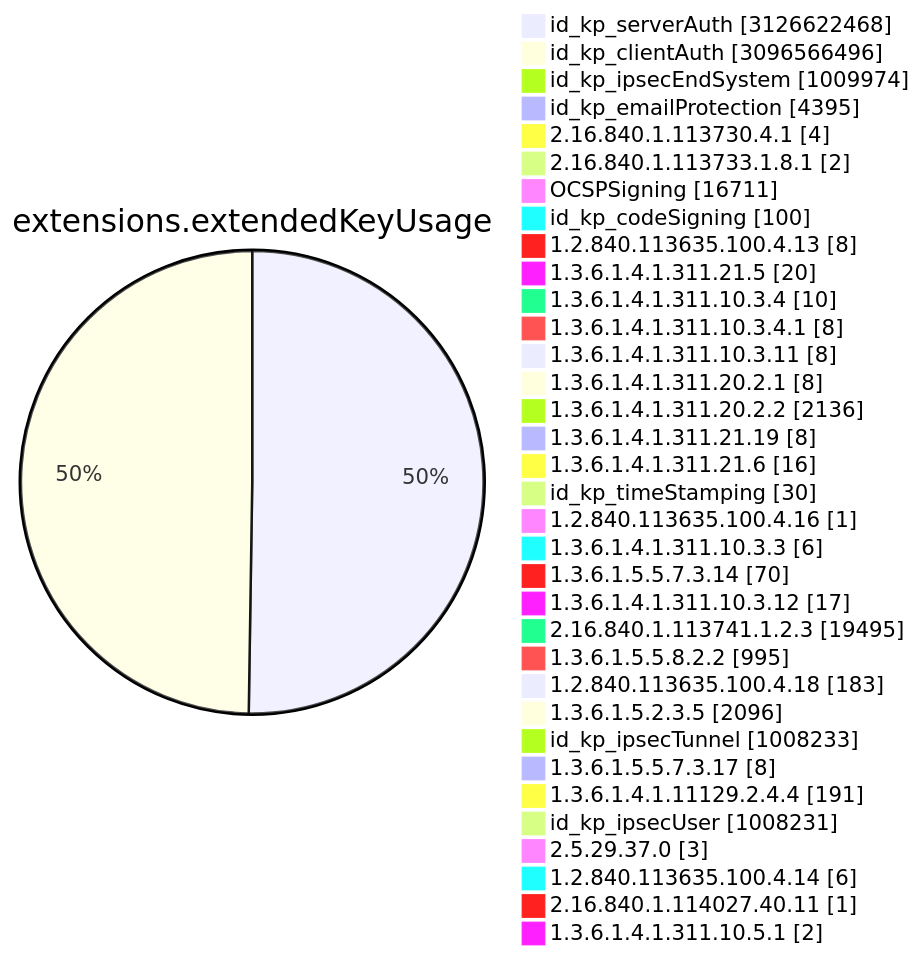
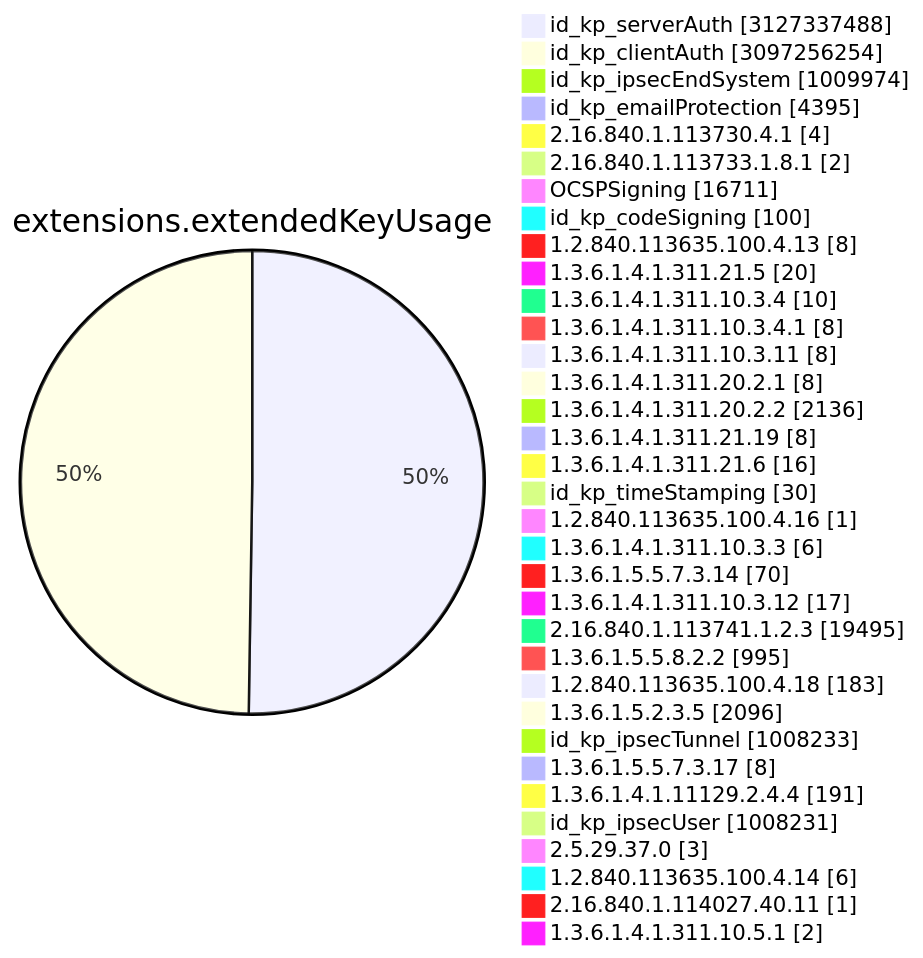
Before and after one commit to christiankrug/ctmonitor_visualization: diagram 11 of 15 in TOTAL/README.md, drawn with Mermaid. The commit also changed other lines of this file, not shown here.

````diff
--- a/TOTAL/README.md
+++ b/TOTAL/README.md
@@ -4119,38 +4119,38 @@
 ```mermaid
 pie showData
 title extensions.extendedKeyUsage
-"id_kp_serverAuth" :3126622468
-"id_kp_clientAuth" :3096566496
+"id_kp_serverAuth" :3127337488
+"id_kp_clientAuth" :3097256254
 "id_kp_ipsecEndSystem" :1009974
 "id_kp_emailProtection" :4395
 "2.16.840.1.113730.4.1" :4
 "2.16.840.1.113733.1.8.1" :2
 "OCSPSigning" :16711
 "id_kp_codeSigning" :100
 "1.2.840.113635.100.4.13" :8
 "1.3.6.1.4.1.311.21.5" :20
 "1.3.6.1.4.1.311.10.3.4" :10
 "1.3.6.1.4.1.311.10.3.4.1" :8
 "1.3.6.1.4.1.311.10.3.11" :8
 "1.3.6.1.4.1.311.20.2.1" :8
 "1.3.6.1.4.1.311.20.2.2" :2136
 "1.3.6.1.4.1.311.21.19" :8
 "1.3.6.1.4.1.311.21.6" :16
 "id_kp_timeStamping" :30
 "1.2.840.113635.100.4.16" :1
 "1.3.6.1.4.1.311.10.3.3" :6
 "1.3.6.1.5.5.7.3.14" :70
 "1.3.6.1.4.1.311.10.3.12" :17
 "2.16.840.1.113741.1.2.3" :19495
 "1.3.6.1.5.5.8.2.2" :995
 "1.2.840.113635.100.4.18" :183
 "1.3.6.1.5.2.3.5" :2096
 "id_kp_ipsecTunnel" :1008233
 "1.3.6.1.5.5.7.3.17" :8
 "1.3.6.1.4.1.11129.2.4.4" :191
 "id_kp_ipsecUser" :1008231
 "2.5.29.37.0" :3
 "1.2.840.113635.100.4.14" :6
 "2.16.840.1.114027.40.11" :1
 "1.3.6.1.4.1.311.10.5.1" :2
 ```
````
